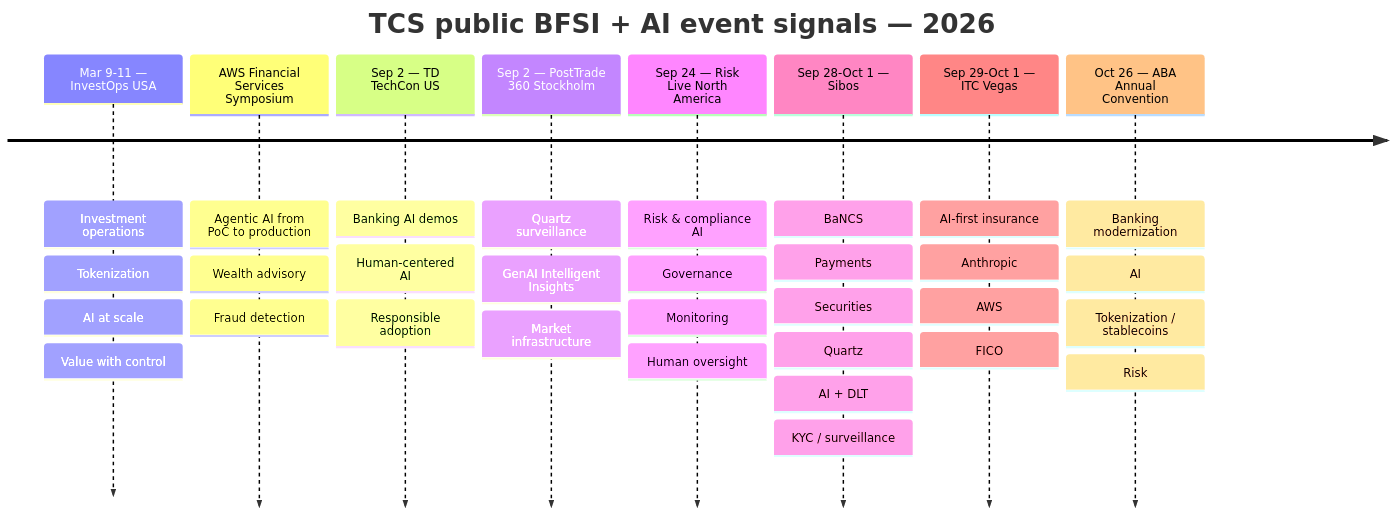
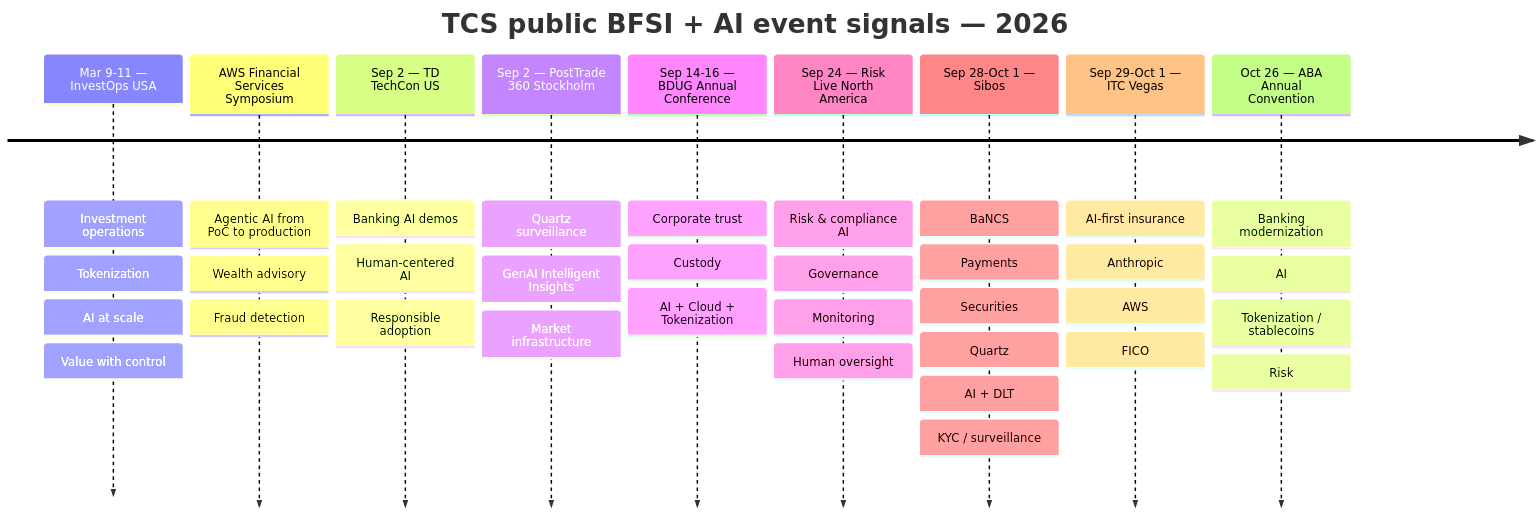
Before and after one commit to Akilankm/second-brain: the first of 5 diagrams in events/public-event-watch.md, drawn with Mermaid. The commit also changed other lines of this file, not shown here.

Commit message:
Add BDUG 2026 BaNCS AI cloud tokenization event signal

````diff
--- a/events/public-event-watch.md
+++ b/events/public-event-watch.md
@@ -14,12 +14,13 @@
 ```mermaid
 timeline
   title TCS public BFSI + AI event signals — 2026
   Mar 9-11 — InvestOps USA : Investment operations : Tokenization : AI at scale : Value with control
   AWS Financial Services Symposium : Agentic AI from PoC to production : Wealth advisory : Fraud detection
   Sep 2 — TD TechCon US : Banking AI demos : Human-centered AI : Responsible adoption
   Sep 2 — PostTrade 360 Stockholm : Quartz surveillance : GenAI Intelligent Insights : Market infrastructure
+  Sep 14-16 — BDUG Annual Conference : Corporate trust : Custody : AI + Cloud + Tokenization
   Sep 24 — Risk Live North America : Risk & compliance AI : Governance : Monitoring : Human oversight
   Sep 28-Oct 1 — Sibos : BaNCS : Payments : Securities : Quartz : AI + DLT : KYC / surveillance
   Sep 29-Oct 1 — ITC Vegas : AI-first insurance : Anthropic : AWS : FICO
   Oct 26 — ABA Annual Convention : Banking modernization : AI : Tokenization / stablecoins : Risk
 ```
````
